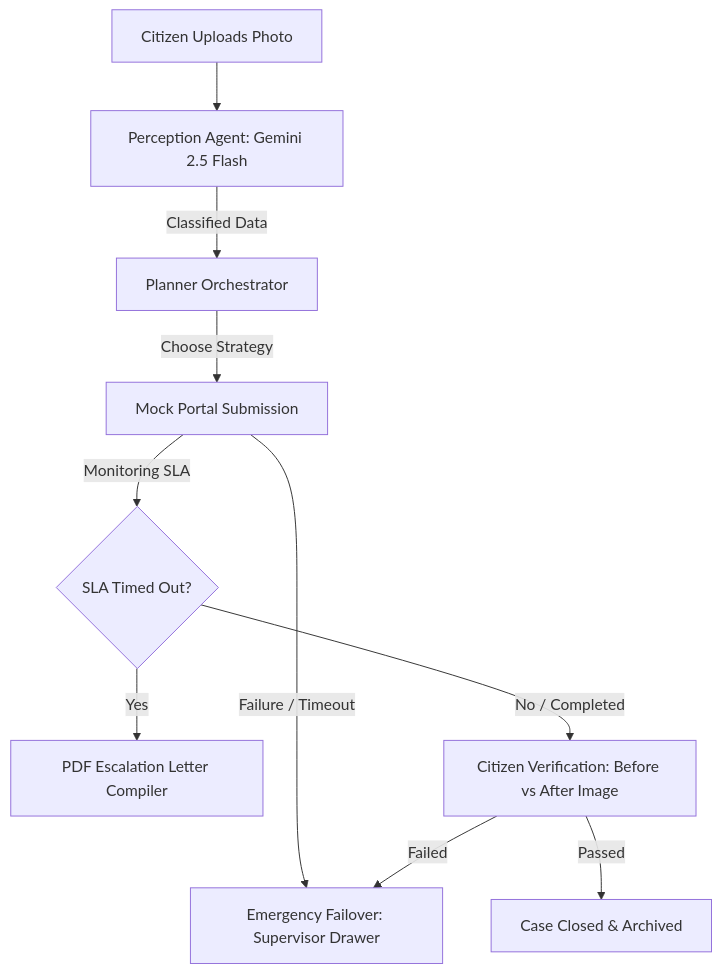
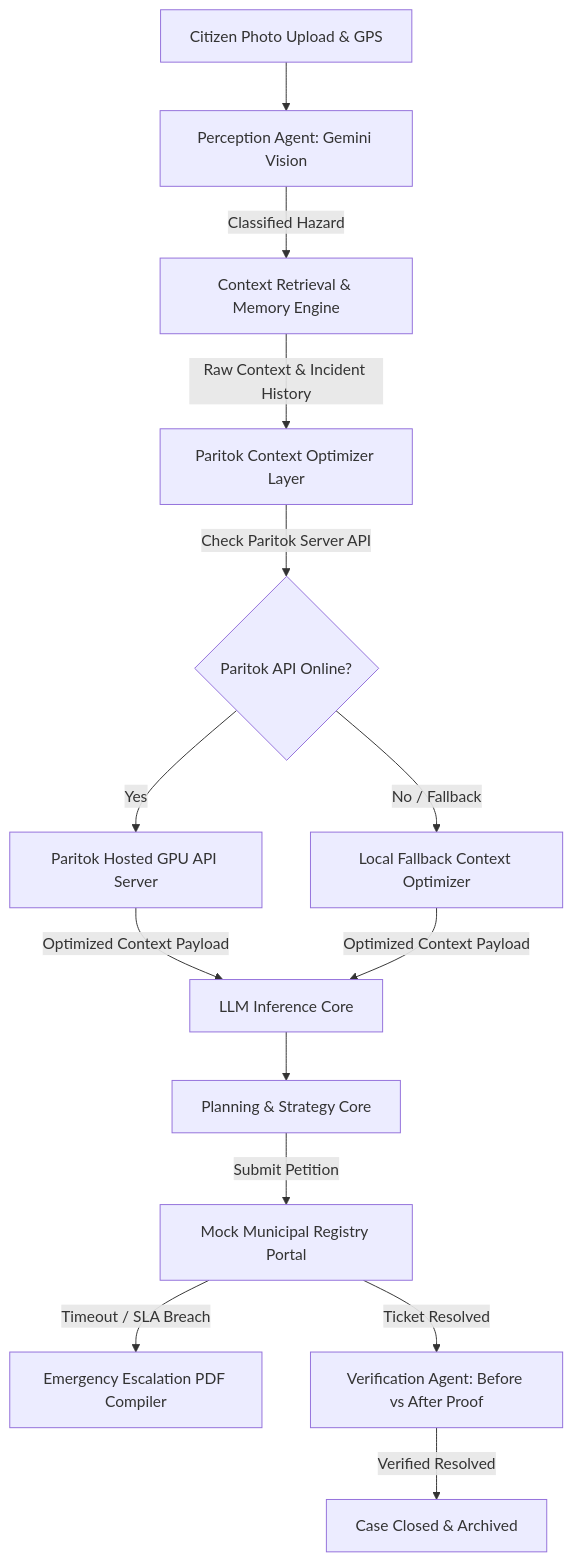
Before and after one commit to vismayavishwas/ACIRP-AI-Operating-System---PARITOK: the diagram in README.md, drawn with Mermaid. The commit also changed other lines of this file and 16 other files, not shown here.

````diff
--- a/README.md
+++ b/README.md
@@ -33,15 +75,22 @@
 ```mermaid
 graph TD
-    A[Citizen Uploads Photo] --> B[Perception Agent: Gemini 2.5 Flash]
-    B -->|Classified Data| C[Planner Orchestrator]
-    C -->|Choose Strategy| D[Mock Portal Submission]
+    A[Citizen Photo Upload & GPS] --> B[Perception Agent: Gemini Vision]
+    B -->|Classified Hazard| C[Context Retrieval & Memory Engine]
     
-    D -->|Failure / Timeout| E[Emergency Failover: Supervisor Drawer]
-    D -->|Monitoring SLA| F{SLA Timed Out?}
+    C -->|Raw Context & Incident History| D[Paritok Context Optimizer Layer]
     
-    F -->|Yes| G[PDF Escalation Letter Compiler]
-    F -->|No / Completed| H[Citizen Verification: Before vs After Image]
+    D -->|Check Paritok Server API| E{Paritok API Online?}
+    E -->|Yes| F[Paritok Hosted GPU API Server]
+    E -->|No / Fallback| G[Local Fallback Context Optimizer]
     
-    H -->|Passed| I[Case Closed & Archived]
-    H -->|Failed| E
+    F -->|Optimized Context Payload| H[LLM Inference Core]
+    G -->|Optimized Context Payload| H
+    
+    H --> I[Planning & Strategy Core]
+    I -->|Submit Petition| J[Mock Municipal Registry Portal]
+    
+    J -->|Timeout / SLA Breach| K[Emergency Escalation PDF Compiler]
+    J -->|Ticket Resolved| L[Verification Agent: Before vs After Proof]
+    
+    L -->|Verified Resolved| M[Case Closed & Archived]
 ```
````
